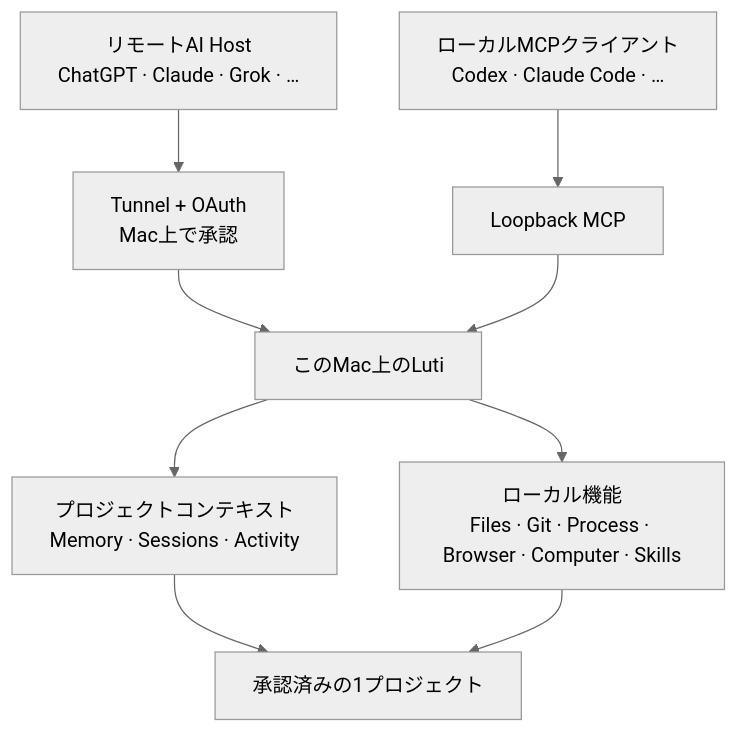
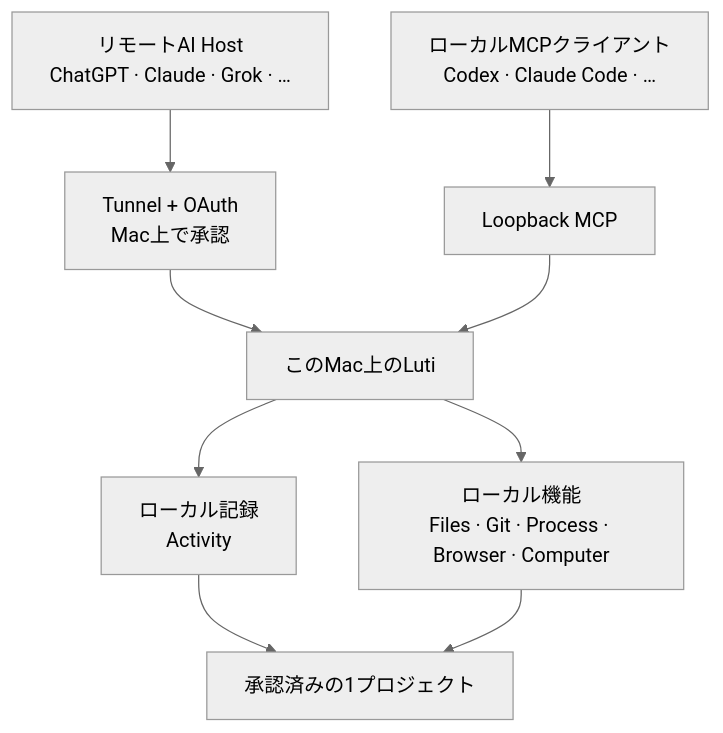
Before and after one commit to boltguo/Luti: the diagram in README.ja.md, drawn with Mermaid (neutral theme). The commit also changed other lines of this file and 85 other files, not shown here.

````diff
--- a/README.ja.md
+++ b/README.ja.md
@@ -27,16 +27,16 @@
 ```mermaid
 flowchart TB
     remote["リモートAI Host<br/>ChatGPT · Claude · Grok · …"]
     local["ローカルMCPクライアント<br/>Codex · Claude Code · …"]
     tunnel["Tunnel + OAuth<br/>Mac上で承認"]
     loopback["Loopback MCP"]
     luti["このMac上のLuti"]
-    context["プロジェクトコンテキスト<br/>Memory · Sessions · Activity"]
-    tools["ローカル機能<br/>Files · Git · Process · Browser · Computer · Skills"]
+    context["ローカル記録<br/>Activity"]
+    tools["ローカル機能<br/>Files · Git · Process · Browser · Computer"]
     project["承認済みの1プロジェクト"]
 
     remote --> tunnel --> luti
     local --> loopback --> luti
     luti --> context --> project
     luti --> tools --> project
 ```
````
